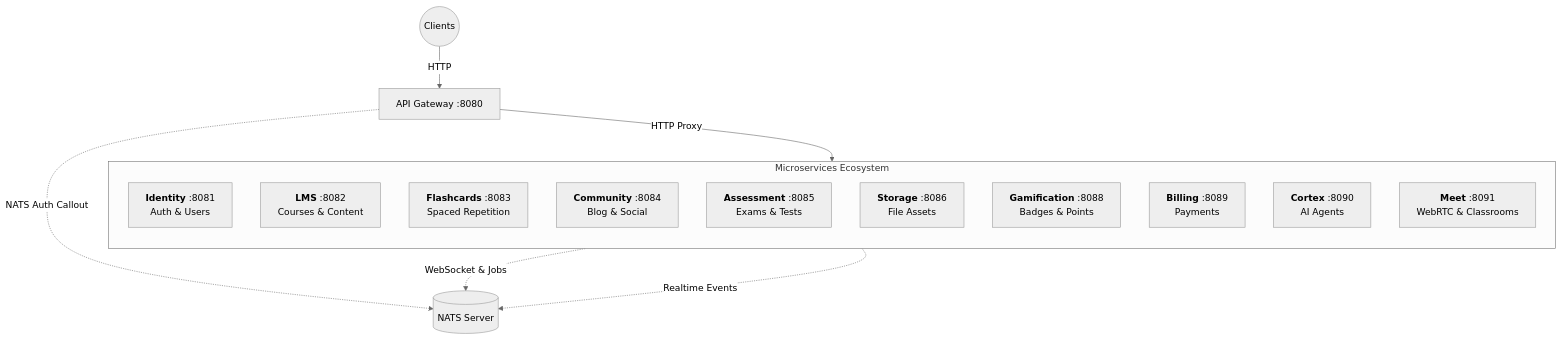
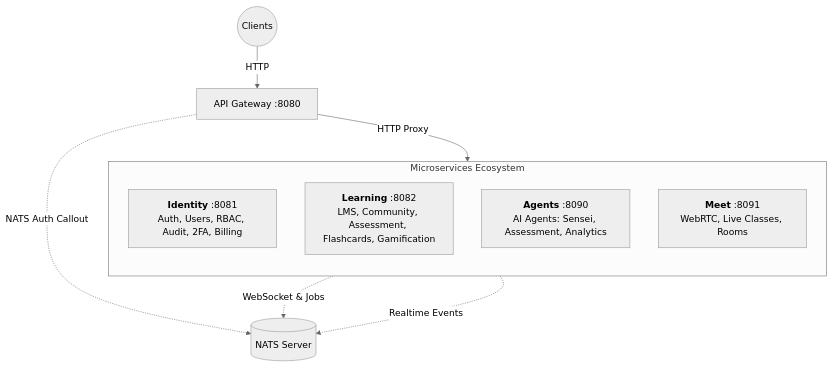
The diagram in README.md (Lain4504/torii-monorepo), drawn with Mermaid (neutral theme) before and after one commit. The commit also changed other lines of this file and 183 other files, not shown here.

Commit message:
feat(database): add new modules for gamification, payments, and user management

````diff
--- a/README.md
+++ b/README.md
@@ -141,23 +130,17 @@
 ```mermaid
 graph TB
     Client((Clients)) -->|HTTP| Gateway[API Gateway :8080]
     Gateway -->|HTTP Proxy| ServiceLayer
     Gateway -.->|NATS Auth Callout| NATS[(NATS Server)]
     
     subgraph ServiceLayer [Microservices Ecosystem]
         direction TB
-        Identity[<b>Identity</b> :8081<br>Auth & Users]
-        LMS[<b>LMS</b> :8082<br>Courses & Content]
-        Flashcards[<b>Flashcards</b> :8083<br>Spaced Repetition]
-        Community[<b>Community</b> :8084<br>Blog & Social]
-        Assessment[<b>Assessment</b> :8085<br>Exams & Tests]
-        Storage[<b>Storage</b> :8086<br>File Assets]
-        Gamification[<b>Gamification</b> :8088<br>Badges & Points]
-        Billing[<b>Billing</b> :8089<br>Payments]
-        Cortex[<b>Cortex</b> :8090<br>AI Agents]
-        Meet[<b>Meet</b> :8091<br>WebRTC & Classrooms]
+        Identity[<b>Identity</b> :8081<br>Auth, Users, RBAC, Audit, 2FA, Billing]
+        Learning[<b>Learning</b> :8082<br>LMS, Community, Assessment, Flashcards, Gamification]
+        Agents[<b>Agents</b> :8090<br>AI Agents: Sensei, Assessment, Analytics]
+        Meet[<b>Meet</b> :8091<br>WebRTC, Live Classes, Rooms]
     end
     
     ServiceLayer -.->|Realtime Events| NATS
     Meet -.->|WebSocket & Jobs| NATS
 ```
````
